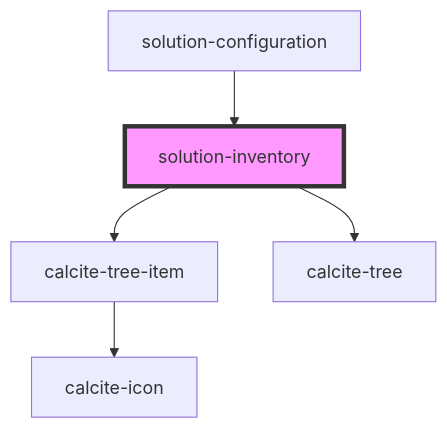
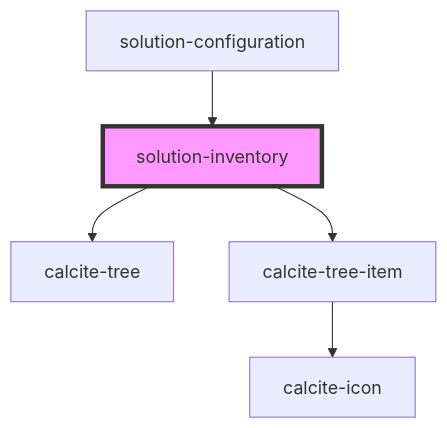
One commit to Esri/solutions-components changed the diagram in src/components/solution-inventory/readme.md. Above: the diagram before and after it, drawn with Mermaid. The commit also changed other lines of this file and 7 other files, not shown here.

````diff
--- a/src/components/solution-inventory/readme.md
+++ b/src/components/solution-inventory/readme.md
@@ -35,8 +35,8 @@
 ```mermaid
 graph TD;
+  solution-inventory --> calcite-tree
   solution-inventory --> calcite-tree-item
-  solution-inventory --> calcite-tree
   calcite-tree-item --> calcite-icon
   solution-configuration --> solution-inventory
   style solution-inventory fill:#f9f,stroke:#333,stroke-width:4px
 ```
````
